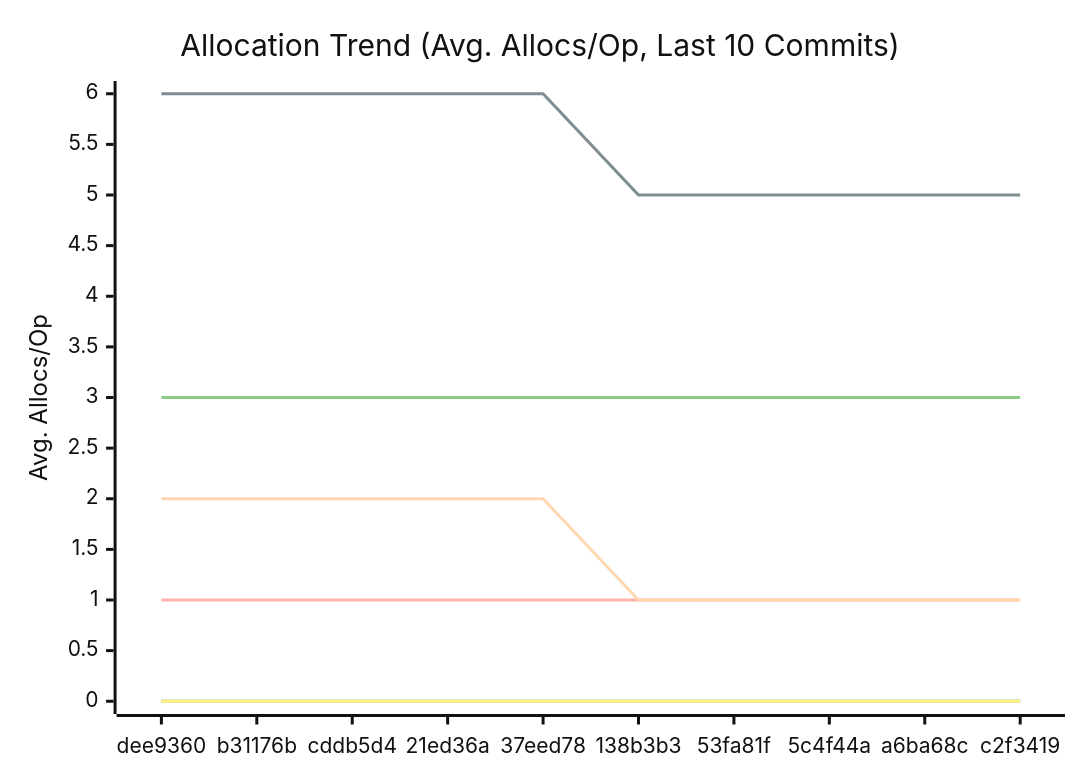
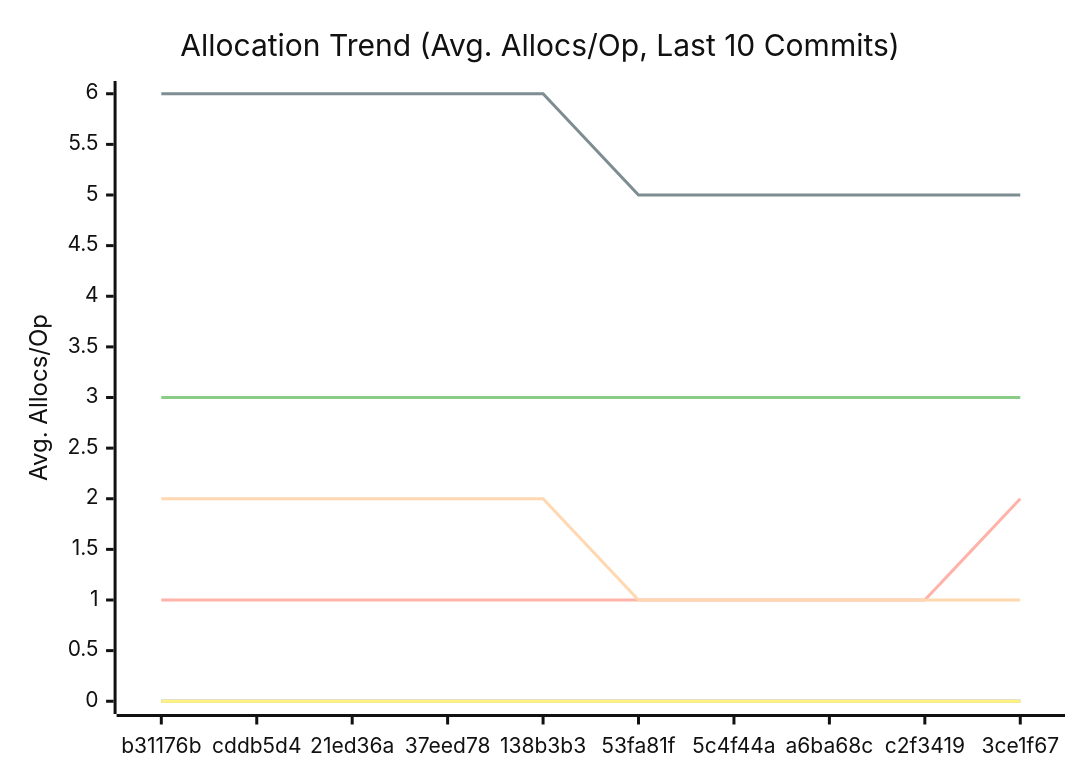
The third of 3 diagrams in docs/PERFORMANCE.md (alsotoes/momo), drawn with Mermaid (neutral theme) before and after one commit. The commit also changed other lines of this file and 20 other files, not shown here.

````diff
--- a/docs/PERFORMANCE.md
+++ b/docs/PERFORMANCE.md
@@ -114,16 +116,16 @@
 ```mermaid
 xychart-beta
     title "Allocation Trend (Avg. Allocs/Op, Last 10 Commits)"
     x-axis "Commit"
     y-axis "Avg. Allocs/Op"
-    x-axis [dee9360,b31176b,cddb5d4,21ed36a,37eed78,138b3b3,53fa81f,5c4f44a,a6ba68c,c2f3419]
+    x-axis [b31176b,cddb5d4,21ed36a,37eed78,138b3b3,53fa81f,5c4f44a,a6ba68c,c2f3419,3ce1f67]
     line "CheckMetricsAndSwap" [0,0,0,0,0,0,0,0,0,0]
     line "CrushOptimized" [0,0,0,0,0,0,0,0,0,0]
     line "CrushOriginal" [3,3,3,3,3,3,3,3,3,3]
     line "IndexDirectTracking" [0,0,0,0,0,0,0,0,0,0]
     line "IndexSearch" [0,0,0,0,0,0,0,0,0,0]
-    line "LoadGlobalConfig" [1,1,1,1,1,1,1,1,1,1]
+    line "LoadGlobalConfig" [1,1,1,1,1,1,1,1,1,2]
     line "PadString" [0,0,0,0,0,0,0,0,0,0]
     line "ParseReplicationOrder_NoPrealloc" [6,6,6,6,6,5,5,5,5,5]
     line "ParseReplicationOrder_Prealloc" [2,2,2,2,2,1,1,1,1,1]
 ```
````
